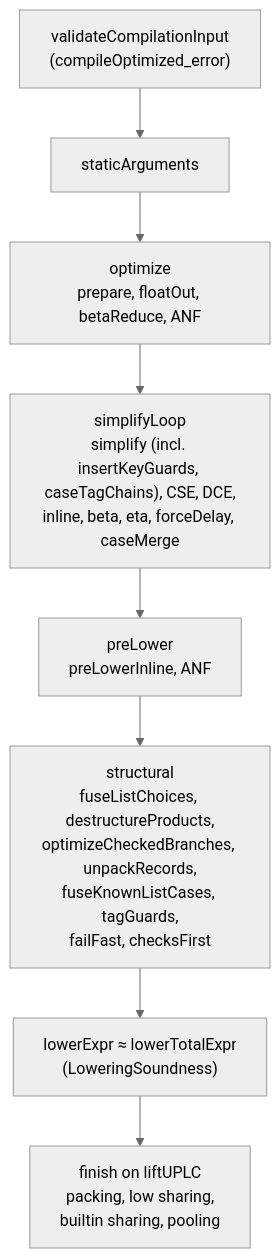
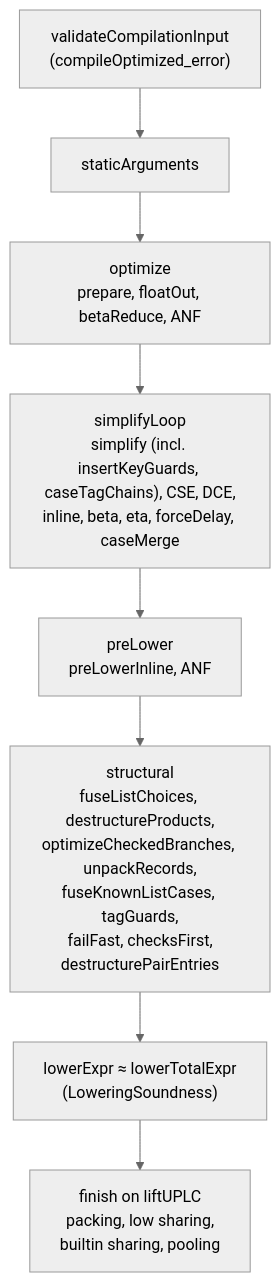
The diagram in docs/MIR-Pipeline-Soundness.md (SeungheonOh/Moist), drawn with Mermaid (neutral theme) before and after one commit. The commit also changed other lines of this file and 12 other files, not shown here.

First line of the commit message:
opt(mir): destructure entries of lists of data pairs

````diff
--- a/docs/MIR-Pipeline-Soundness.md
+++ b/docs/MIR-Pipeline-Soundness.md
@@ -50,10 +50,10 @@
 ```mermaid
 graph TD
   V["validateCompilationInput<br>(compileOptimized_error)"] --> S["staticArguments"]
   S --> O["optimize<br>prepare, floatOut, betaReduce, ANF"]
   O --> L["simplifyLoop<br>simplify (incl. insertKeyGuards, caseTagChains), CSE, DCE,<br>inline, beta, eta, forceDelay, caseMerge"]
   L --> P["preLower<br>preLowerInline, ANF"]
-  P --> T["structural<br>fuseListChoices, destructureProducts,<br>optimizeCheckedBranches, unpackRecords,<br>fuseKnownListCases, tagGuards,<br>failFast, checksFirst"]
+  P --> T["structural<br>fuseListChoices, destructureProducts,<br>optimizeCheckedBranches, unpackRecords,<br>fuseKnownListCases, tagGuards,<br>failFast, checksFirst,<br>destructurePairEntries"]
   T --> W["lowerExpr ≈ lowerTotalExpr<br>(LoweringSoundness)"]
   W --> F["finish on liftUPLC<br>packing, low sharing,<br>builtin sharing, pooling"]
 ```
````
